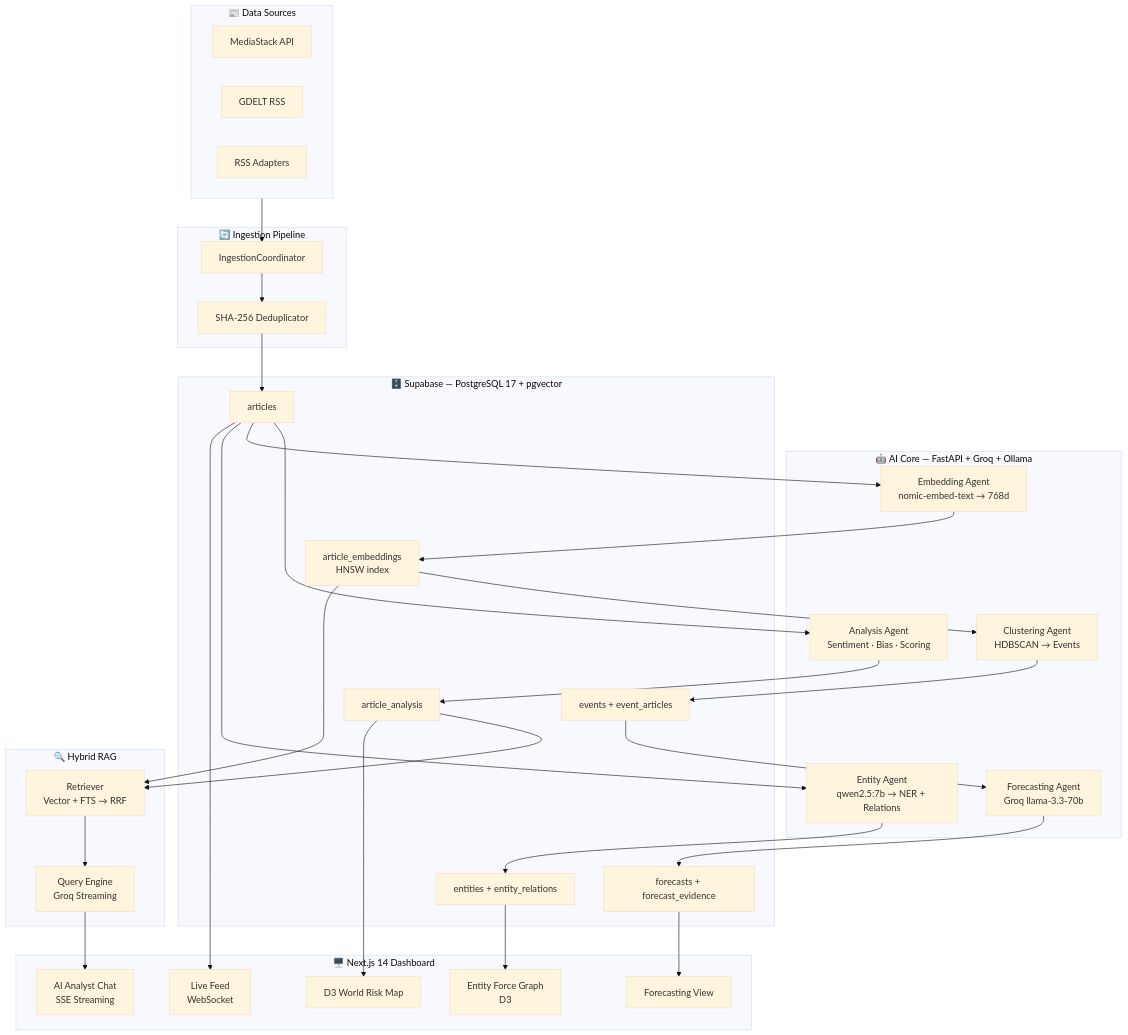
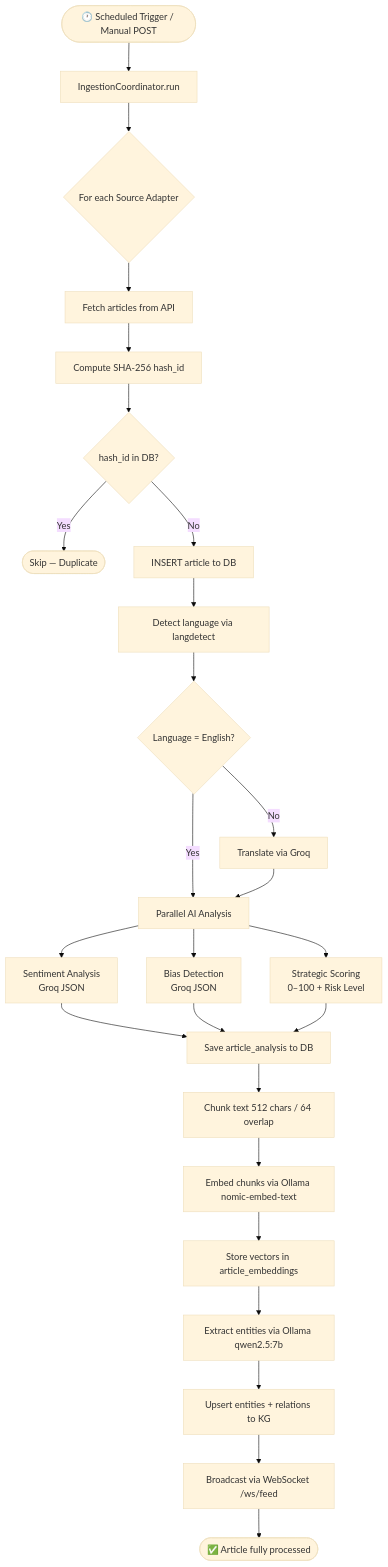
One commit to krishmaniyar/Strategic-News-Analyzer changed the second of 6 diagrams in README.md. Above: the diagram before and after it, drawn with Mermaid (base theme). The commit also changed other lines of this file, not shown here.

Commit message:
docs: complete README with all diagrams, timing guide, cross-terminal setup

````diff
--- a/README.md
+++ b/README.md
@@ -26,56 +220,26 @@
 ```mermaid
 flowchart TD
-    subgraph Sources["📰 Data Sources"]
-        MS[MediaStack API]
-        GD[GDELT RSS]
-        RSS[RSS Adapters]
-    end
-
-    subgraph Ingestion["🔄 Ingestion Pipeline"]
-        CO[IngestionCoordinator]
-        DD[SHA-256 Deduplicator]
-    end
-
-    subgraph AI["🤖 AI Core — FastAPI + Groq + Ollama"]
-        AA[Analysis Agent\nSentiment · Bias · Scoring]
-        EA[Embedding Agent\nnomic-embed-text → 768d]
-        ENT[Entity Agent\nqwen2.5:7b → NER + Relations]
-        CA[Clustering Agent\nHDBSCAN → Events]
-        FA[Forecasting Agent\nGroq llama-3.3-70b]
-    end
-
-    subgraph DB["🗄️ Supabase — PostgreSQL 17 + pgvector"]
-        ART[articles]
-        ANA[article_analysis]
-        EMB[article_embeddings\nHNSW index]
-        KG[entities + entity_relations]
-        EV[events + event_articles]
-        FC[forecasts + forecast_evidence]
-    end
-
-    subgraph RAG["🔍 Hybrid RAG"]
-        RET[Retriever\nVector + FTS → RRF]
-        QE[Query Engine\nGroq Streaming]
-    end
-
-    subgraph FE["🖥️ Next.js 14 Dashboard"]
-        MAP[D3 World Risk Map]
-        FEED[Live Feed\nWebSocket]
-        GRAPH[Entity Force Graph\nD3]
-        CHAT[AI Analyst Chat\nSSE Streaming]
-        FORE[Forecasting View]
-    end
-
-    Sources --> CO --> DD --> ART
-    ART --> AA --> ANA
-    ART --> EA --> EMB
-    ART --> ENT --> KG
-    EMB --> CA --> EV
-    EV --> FA --> FC
-    EMB & ANA --> RET --> QE
-    QE --> CHAT
-    ART --> FEED
-    KG --> GRAPH
-    ANA --> MAP
-    FC --> FORE
+    A([🕐 Scheduled Trigger / Manual POST]) --> B[IngestionCoordinator.run]
+    B --> C{For each Source Adapter}
+    C --> D[Fetch articles from API]
+    D --> E[Compute SHA-256 hash_id]
+    E --> F{hash_id in DB?}
+    F -- Yes --> G([Skip — Duplicate])
+    F -- No --> H[INSERT article to DB]
+    H --> I[Detect language via langdetect]
+    I --> J{Language = English?}
+    J -- No --> K[Translate via Groq]
+    J -- Yes --> L[Parallel AI Analysis]
+    K --> L
+    L --> M1[Sentiment Analysis\nGroq JSON]
+    L --> M2[Bias Detection\nGroq JSON]
+    L --> M3[Strategic Scoring\n0–100 + Risk Level]
+    M1 & M2 & M3 --> N[Save article_analysis to DB]
+    N --> O[Chunk text 512 chars / 64 overlap]
+    O --> P[Embed chunks via Ollama nomic-embed-text]
+    P --> Q[Store vectors in article_embeddings]
+    Q --> R[Extract entities via Ollama qwen2.5:7b]
+    R --> S[Upsert entities + relations to KG]
+    S --> T[Broadcast via WebSocket /ws/feed]
+    T --> U([✅ Article fully processed])
 ```
````
